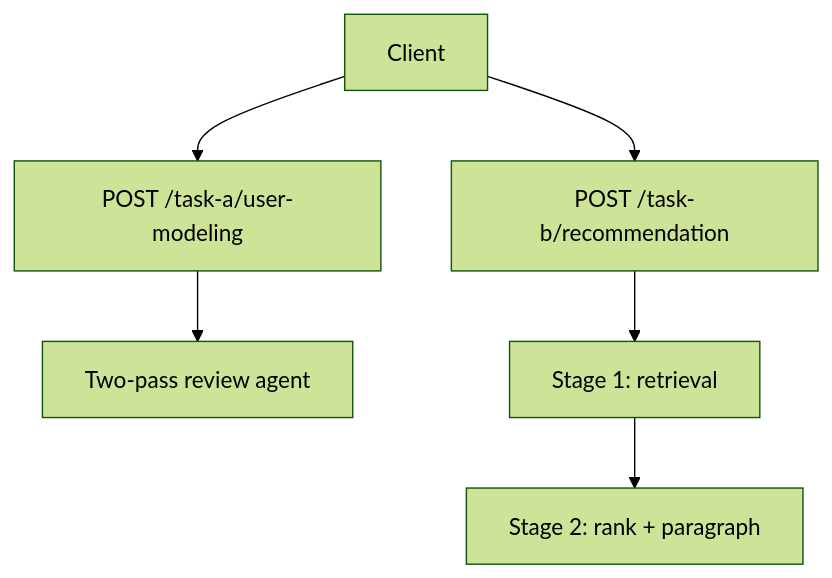
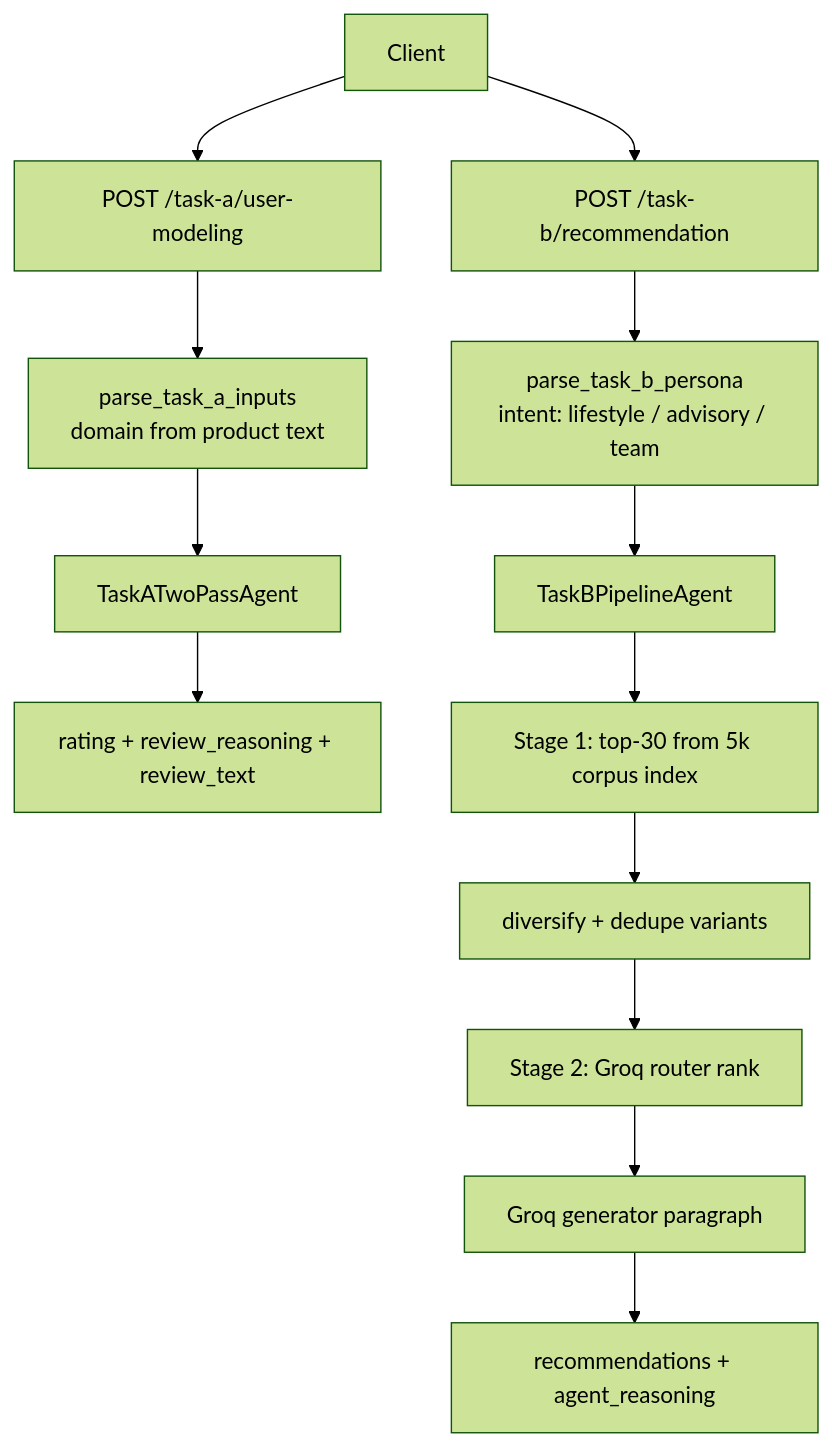
Before and after one commit to taotechs/NaijaSense-AI: the first of 2 diagrams in README.md, drawn with Mermaid (forest theme). The commit also changed other lines of this file and 57 other files, not shown here.

First line of the commit message:
fix(task-b): keep recommendations on-topic and restore architecture docs

````diff
--- a/README.md
+++ b/README.md
@@ -36,8 +32,15 @@
 ```mermaid
 flowchart TB
     C[Client] --> TA[POST /task-a/user-modeling]
     C --> TB[POST /task-b/recommendation]
-    TA --> A1[Two-pass review agent]
-    TB --> S1[Stage 1: retrieval]
-    S1 --> S2[Stage 2: rank + paragraph]
+    TA --> P1[parse_task_a_inputs<br/>domain from product text]
+    P1 --> A1[TaskATwoPassAgent]
+    A1 --> R1[rating + review_reasoning + review_text]
+    TB --> P2[parse_task_b_persona<br/>intent: lifestyle / advisory / team]
+    P2 --> B1[TaskBPipelineAgent]
+    B1 --> S1[Stage 1: top-30 from 5k corpus index]
+    S1 --> D1[diversify + dedupe variants]
+    D1 --> S2[Stage 2: Groq router rank]
+    S2 --> S3[Groq generator paragraph]
+    S3 --> R2[recommendations + agent_reasoning]
 ```
````
